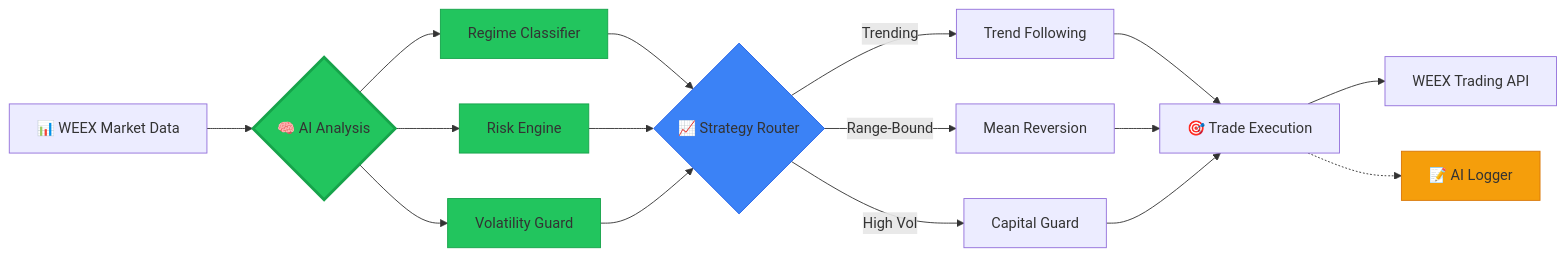
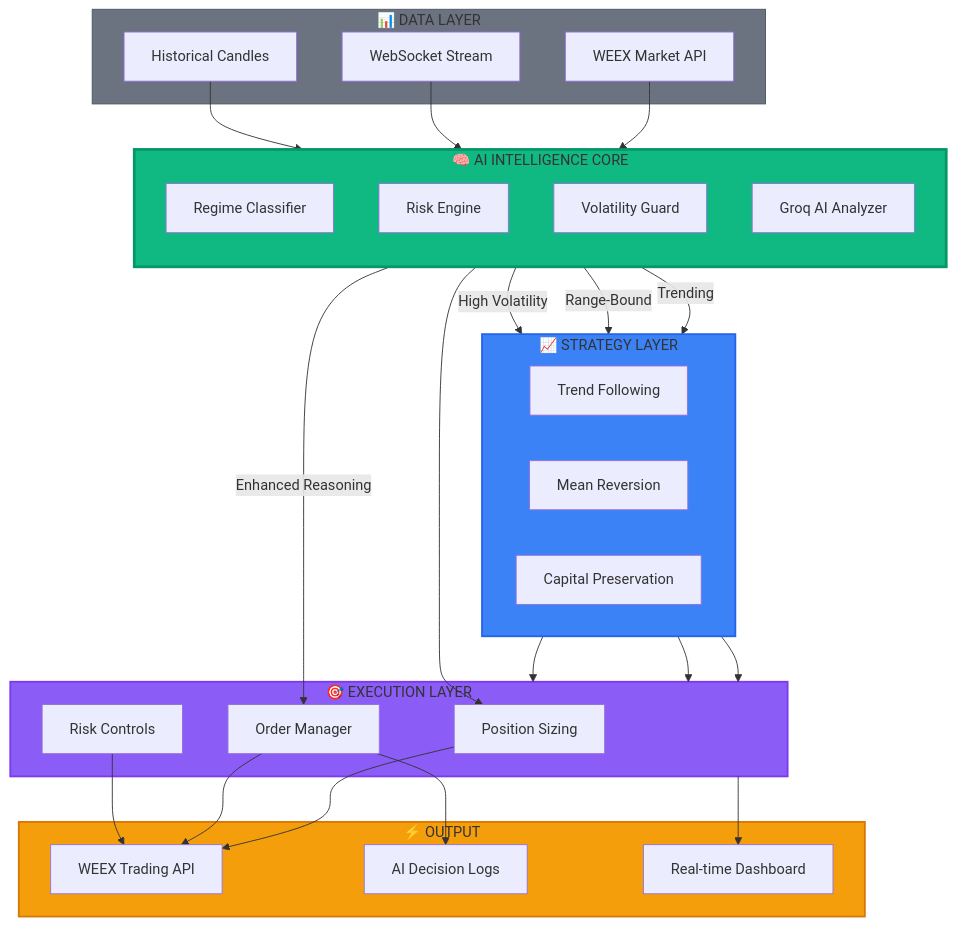
The diagram in README.md (vmmuthu31/RegimeGuard), drawn with Mermaid before and after one commit. The commit also changed other lines of this file, not shown here.

Commit message:
docs: Update system architecture diagram and add live screenshots; feat: Adjust hero section layout and typography.

````diff
--- a/README.md
+++ b/README.md
@@ -68,26 +68,52 @@
 ```mermaid
-flowchart LR
-    A[📊 WEEX Market Data] --> B{🧠 AI Analysis}
+flowchart TB
+    subgraph INPUT["📊 DATA LAYER"]
+        A1[WEEX Market API]
+        A2[WebSocket Stream]
+        A3[Historical Candles]
+    end
 
-    B --> C[Regime Classifier]
-    B --> D[Risk Engine]
-    B --> E[Volatility Guard]
+    subgraph AI["🧠 AI INTELLIGENCE CORE"]
+        direction TB
+        B1[Regime Classifier]
+        B2[Risk Engine]
+        B3[Volatility Guard]
+        B4[Groq AI Analyzer]
+    end
 
-    C & D & E --> F{📈 Strategy Router}
+    subgraph STRATEGY["📈 STRATEGY LAYER"]
+        direction LR
+        C1[Trend Following]
+        C2[Mean Reversion]
+        C3[Capital Preservation]
+    end
 
-    F -->|Trending| G[Trend Following]
-    F -->|Range-Bound| H[Mean Reversion]
-    F -->|High Vol| I[Capital Guard]
+    subgraph EXECUTION["🎯 EXECUTION LAYER"]
+        D1[Position Sizing]
+        D2[Order Manager]
+        D3[Risk Controls]
+    end
 
-    G & H & I --> J[🎯 Trade Execution]
-    J --> K[WEEX Trading API]
+    subgraph OUTPUT["⚡ OUTPUT"]
+        E1[WEEX Trading API]
+        E2[AI Decision Logs]
+        E3[Real-time Dashboard]
+    end
 
-    J -.-> L[📝 AI Logger]
+    A1 & A2 & A3 --> AI
+    B1 --> |Trending| C1
+    B1 --> |Range-Bound| C2
+    B3 --> |High Volatility| C3
+    B2 --> D1
+    B4 --> |Enhanced Reasoning| D2
+    C1 & C2 & C3 --> EXECUTION
+    D1 & D2 & D3 --> E1
+    D2 --> E2
+    EXECUTION --> E3
 
-    style B fill:#22c55e,stroke:#16a34a,stroke-width:3px
-    style C fill:#22c55e,stroke:#16a34a
-    style D fill:#22c55e,stroke:#16a34a
-    style E fill:#22c55e,stroke:#16a34a
-    style F fill:#3b82f6,stroke:#2563eb
-    style L fill:#f59e0b,stroke:#d97706
+    style AI fill:#10b981,stroke:#059669,stroke-width:3px
+    style STRATEGY fill:#3b82f6,stroke:#2563eb,stroke-width:2px
+    style EXECUTION fill:#8b5cf6,stroke:#7c3aed,stroke-width:2px
+    style INPUT fill:#6b7280,stroke:#4b5563
+    style OUTPUT fill:#f59e0b,stroke:#d97706,stroke-width:2px
 ```
````
